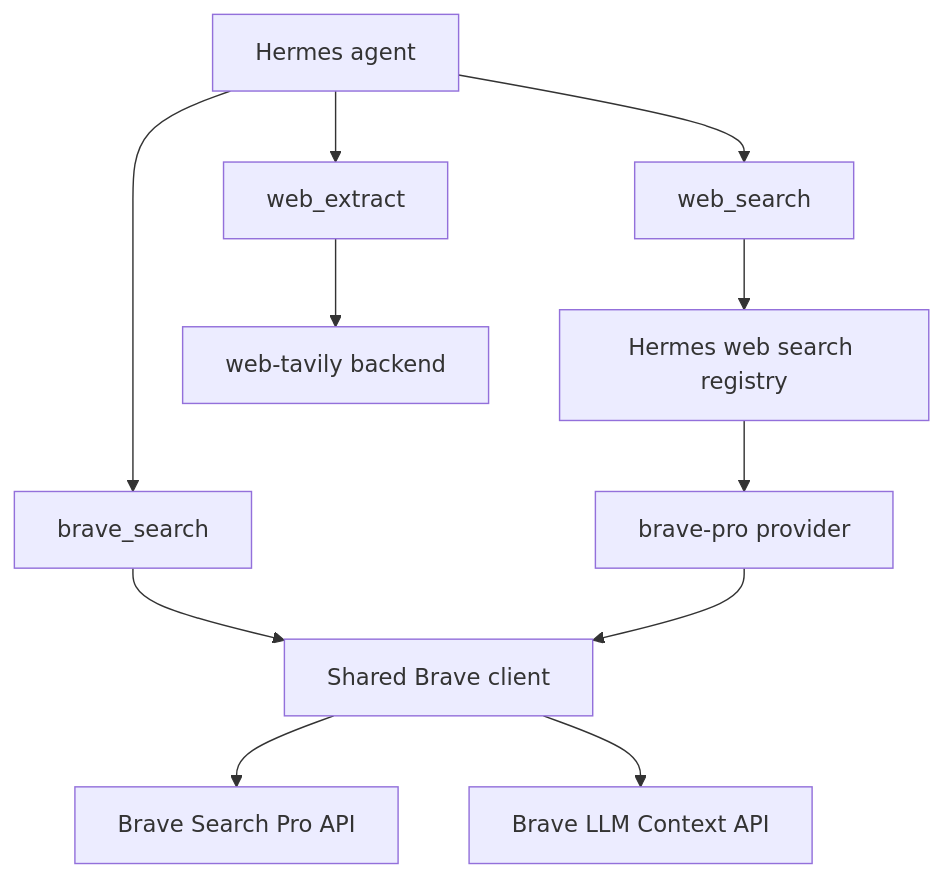
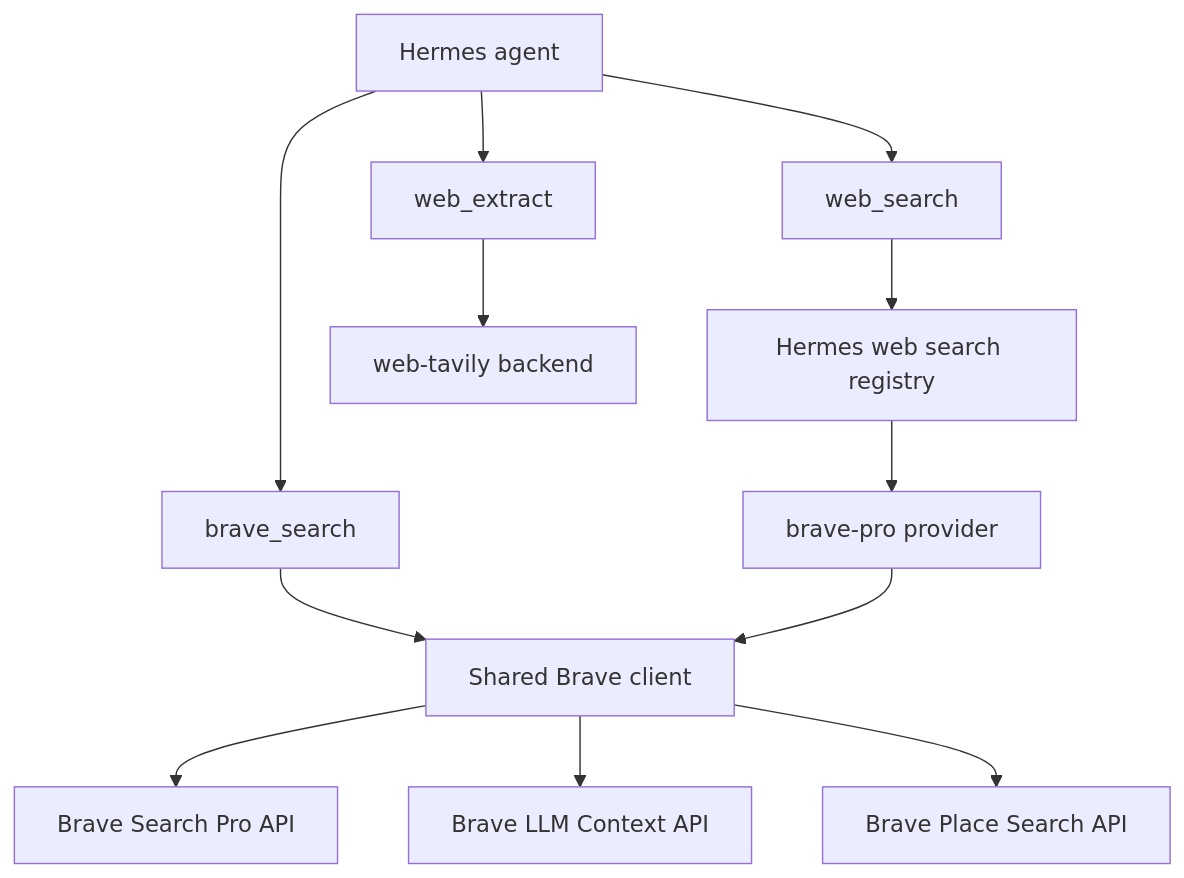
The diagram in README.md (GodsBoy/hermes-brave-search-pro), drawn with Mermaid before and after one commit. The commit also changed other lines of this file and 8 other files, not shown here.

Commit message:
feat: add Brave Place Search modes

````diff
--- a/README.md
+++ b/README.md
@@ -212,13 +239,14 @@
 ```mermaid
 flowchart TB
   Agent[Hermes agent] --> BuiltIn[web_search]
   Agent --> Advanced[brave_search]
   BuiltIn --> Registry[Hermes web search registry]
   Registry --> Brave[brave-pro provider]
   Advanced --> Client[Shared Brave client]
   Brave --> Client
   Client --> API[Brave Search Pro API]
   Client --> Context[Brave LLM Context API]
+  Client --> Local[Brave Place Search API]
   Agent --> Extract[web_extract]
   Extract --> Tavily[web-tavily backend]
 ```
````
